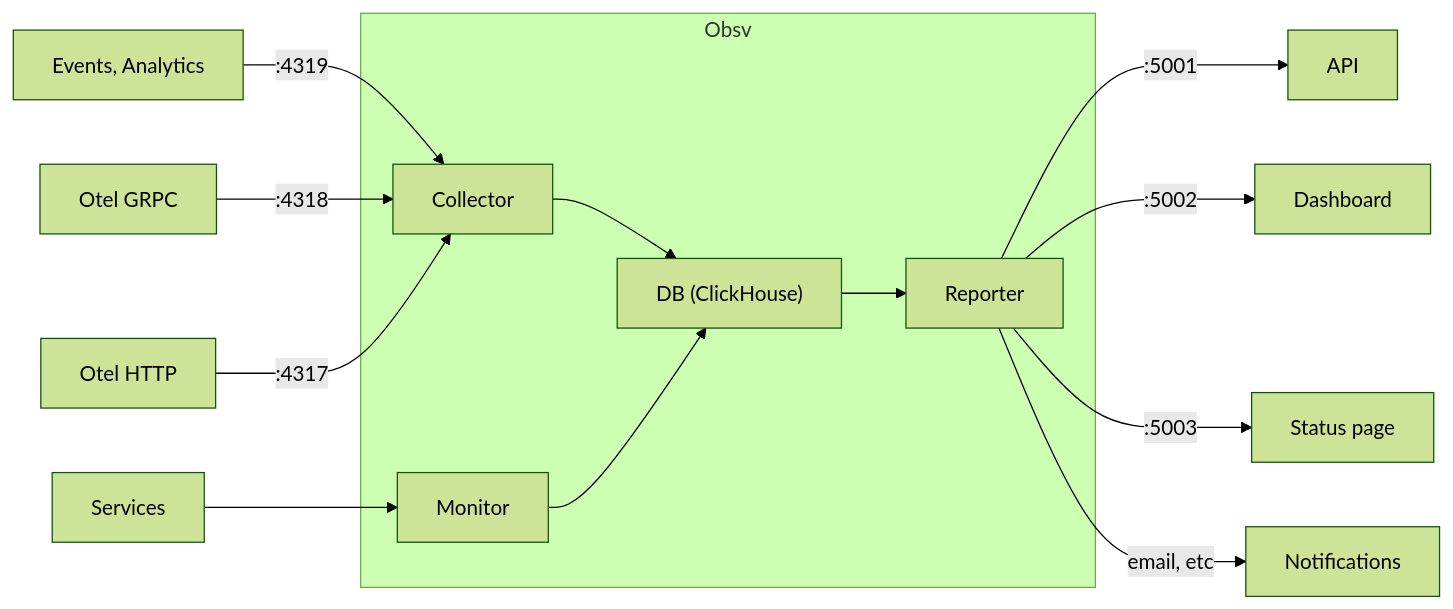
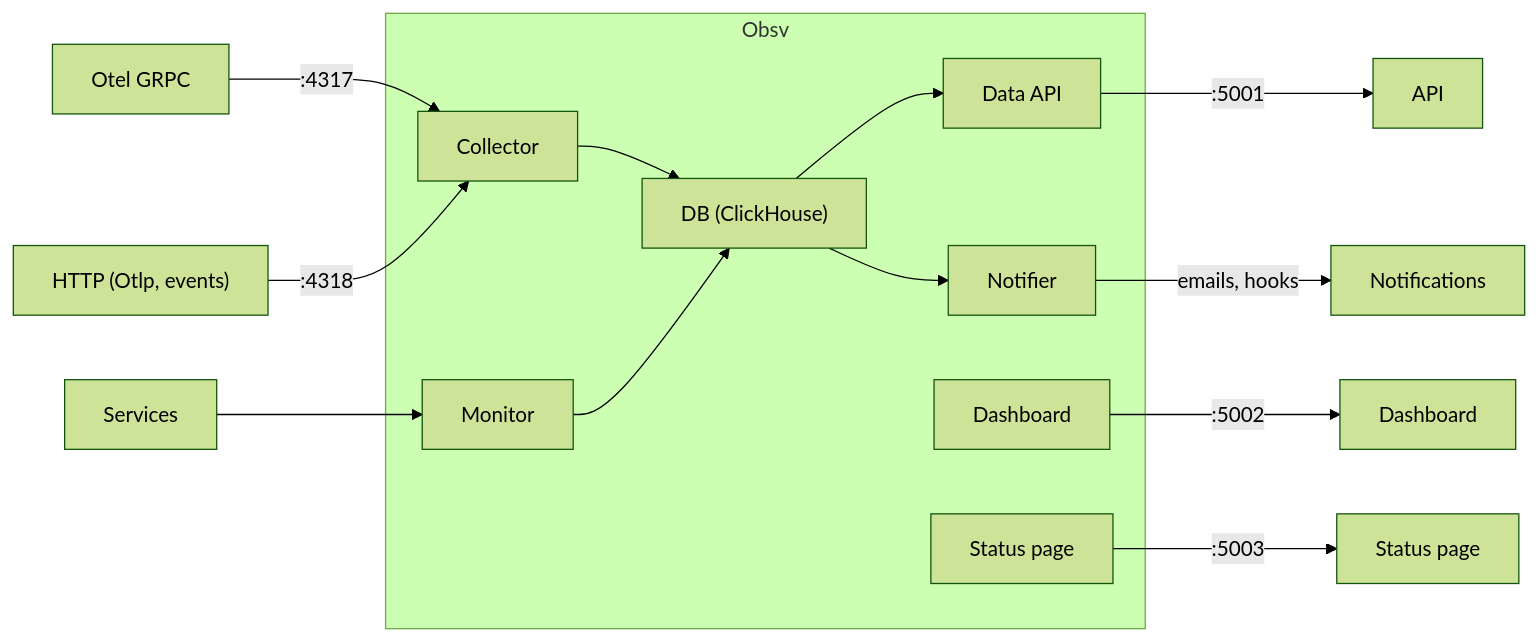
The diagram in README.md (nlargueze/obsv), drawn with Mermaid (forest theme) before and after one commit. The commit also changed other lines of this file and 75 other files, not shown here.

````diff
--- a/README.md
+++ b/README.md
@@ -11,33 +11,35 @@
 ```mermaid
 flowchart LR
-    in_otel_http[Otel HTTP]
-    in_otel_grpc[Otel GRPC]
-    in_events[Events, Analytics]
+    in_http["HTTP (Otlp, events)"]
+    in_grpc[Otel GRPC]
     in_services[Services]
 
     out_api[API]
-    out_dashboard[Dashboard]
+    out_dash[Dashboard]
     out_status[Status page]
     out_notifs[Notifications]
 
     subgraph obsv [Obsv]
         coll[Collector]
+        monitor[Monitor]
         db["DB (ClickHouse)"]
-        reporter[Reporter]
-        monitor[Monitor]
+        api[Data API]
+        dash[Dashboard]
+        status[Status page]
+        notify[Notifier]
     end
 
-    in_events --> |:4319| coll
-    in_otel_grpc --> |:4318| coll
-    in_otel_http --> |:4317| coll
+    in_grpc --> |:4317| coll
+    in_http --> |:4318| coll
     in_services --> monitor
 
     coll --> db
-    db --> reporter
+    db --> api
     monitor --> db
+    db --> notify
 
-    reporter --> |:5001| out_api
-    reporter --> |:5002| out_dashboard
-    reporter --> |:5003| out_status
-    reporter --> |email, etc| out_notifs
+    api --> |:5001| out_api
+    dash --> |:5002| out_dash
+    status --> |:5003| out_status
+    notify --> |emails, hooks| out_notifs
 ```
````
